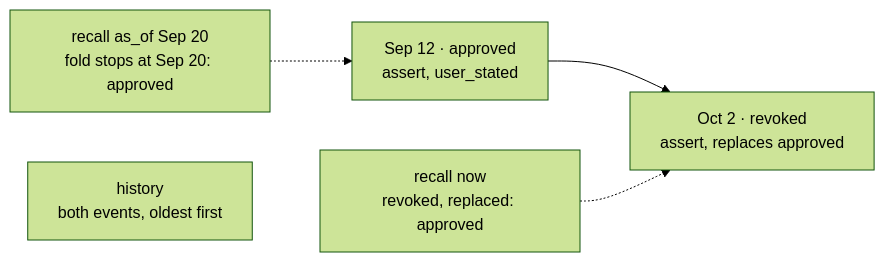
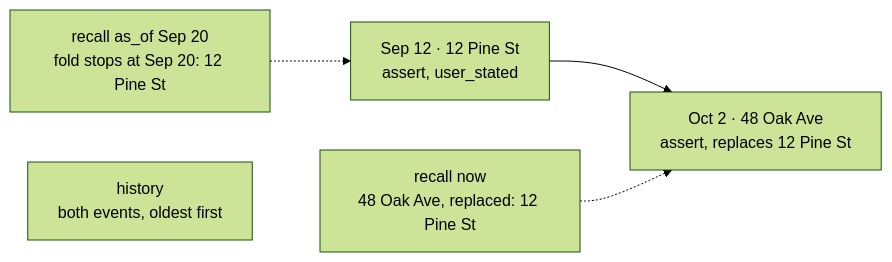
The second of 3 diagrams in docs/architecture.md (Polign/recall), drawn with Mermaid (forest theme) before and after one commit.

Commit message:
docs: architecture fold example uses a shipping address

````diff
--- a/docs/architecture.md
+++ b/docs/architecture.md
@@ -107,7 +107,7 @@
 ```mermaid
 flowchart LR
-    e1["Sep 12 · approved<br/>assert, user_stated"] --> e2["Oct 2 · revoked<br/>assert, replaces approved"]
-    r1["recall as_of Sep 20<br/>fold stops at Sep 20: approved"] -.-> e1
-    r2["recall now<br/>revoked, replaced: approved"] -.-> e2
+    e1["Sep 12 · 12 Pine St<br/>assert, user_stated"] --> e2["Oct 2 · 48 Oak Ave<br/>assert, replaces 12 Pine St"]
+    r1["recall as_of Sep 20<br/>fold stops at Sep 20: 12 Pine St"] -.-> e1
+    r2["recall now<br/>48 Oak Ave, replaced: 12 Pine St"] -.-> e2
     h["history<br/>both events, oldest first"]
 ```
````
